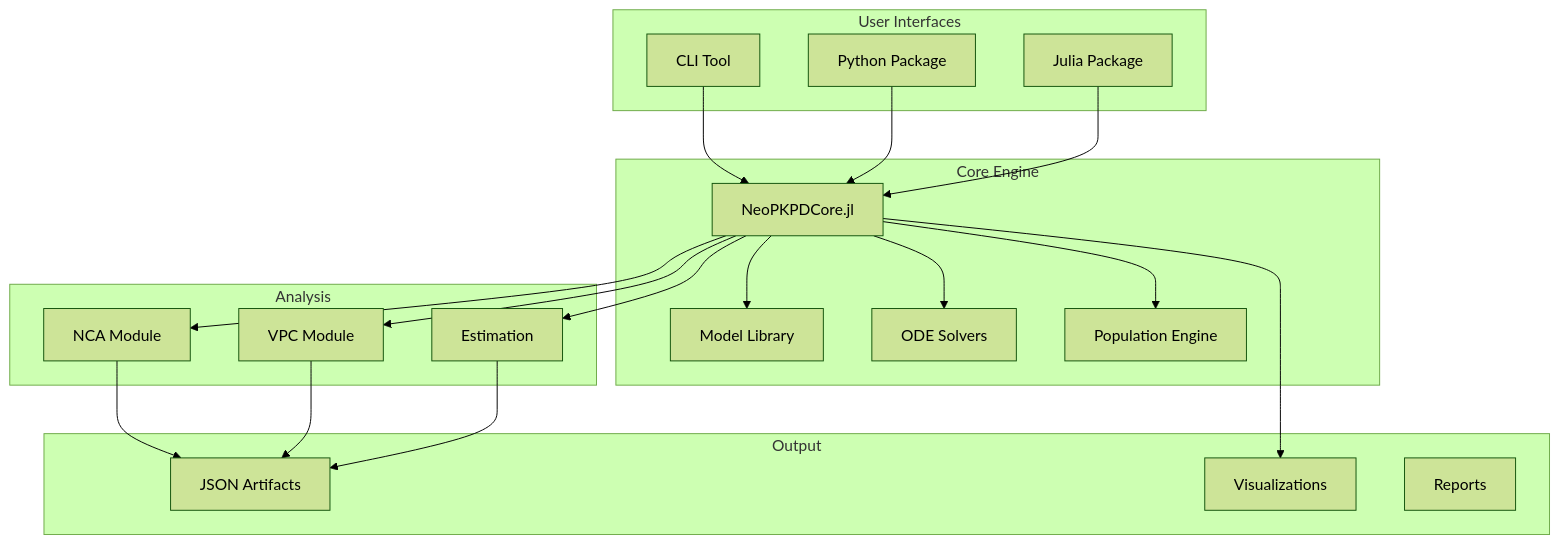
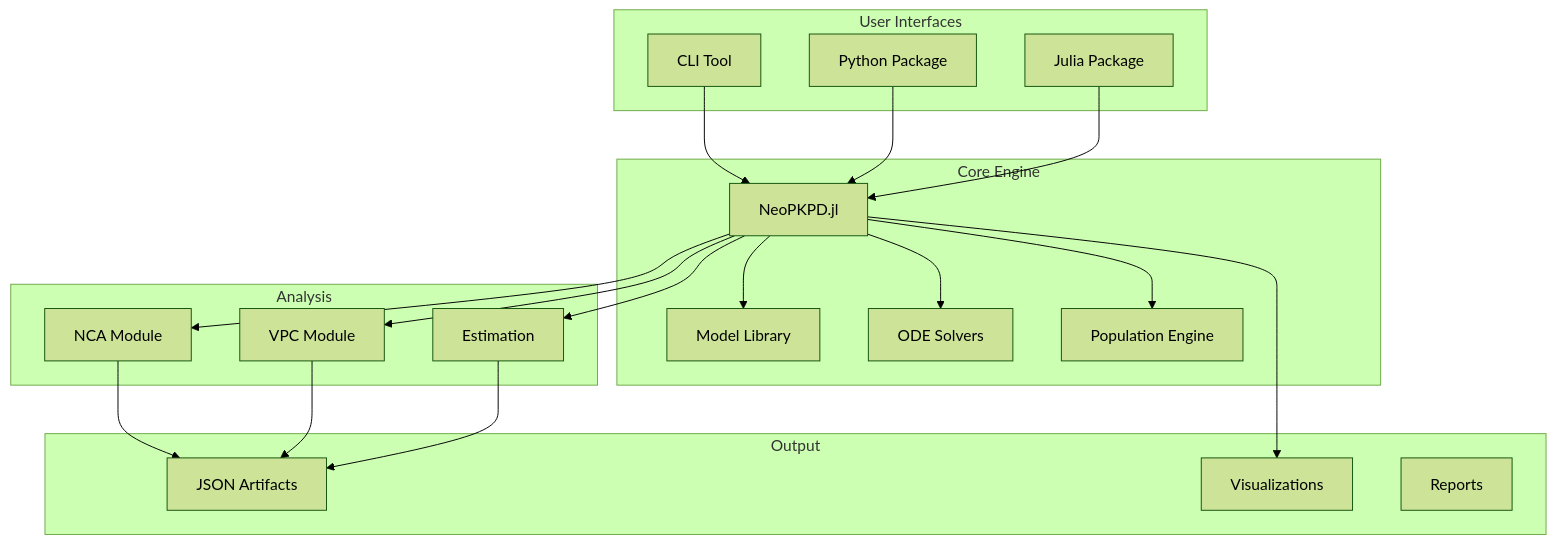
One commit to shramish2057/NeoPKPD changed the diagram in docs/index.md. Above: the diagram before and after it, drawn with Mermaid (forest theme). The commit also changed other lines of this file and 206 other files, not shown here.

Commit message:
feat: rename package NeoPKPDCore to NeoPKPD and update documentation

````diff
--- a/docs/index.md
+++ b/docs/index.md
@@ -436,44 +436,44 @@
 ```mermaid
 graph TB
     subgraph "User Interfaces"
         CLI[CLI Tool]
         PY[Python Package]
         JL[Julia Package]
     end
 
     subgraph "Core Engine"
-        CORE[NeoPKPDCore.jl]
+        CORE[NeoPKPD.jl]
         MODELS[Model Library]
         SOLVERS[ODE Solvers]
         POP[Population Engine]
     end
 
     subgraph "Analysis"
         NCA[NCA Module]
         VPC[VPC Module]
         EST[Estimation]
     end
 
     subgraph "Output"
         ARTIFACTS[JSON Artifacts]
         PLOTS[Visualizations]
         REPORTS[Reports]
     end
 
     CLI --> CORE
     PY --> CORE
     JL --> CORE
 
     CORE --> MODELS
     CORE --> SOLVERS
     CORE --> POP
 
     CORE --> NCA
     CORE --> VPC
     CORE --> EST
 
     NCA --> ARTIFACTS
     VPC --> ARTIFACTS
     EST --> ARTIFACTS
     CORE --> PLOTS
 ```
````
